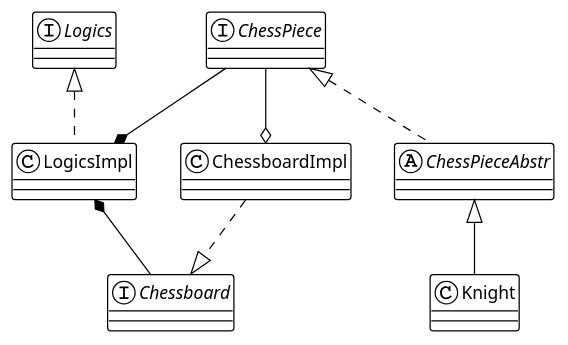
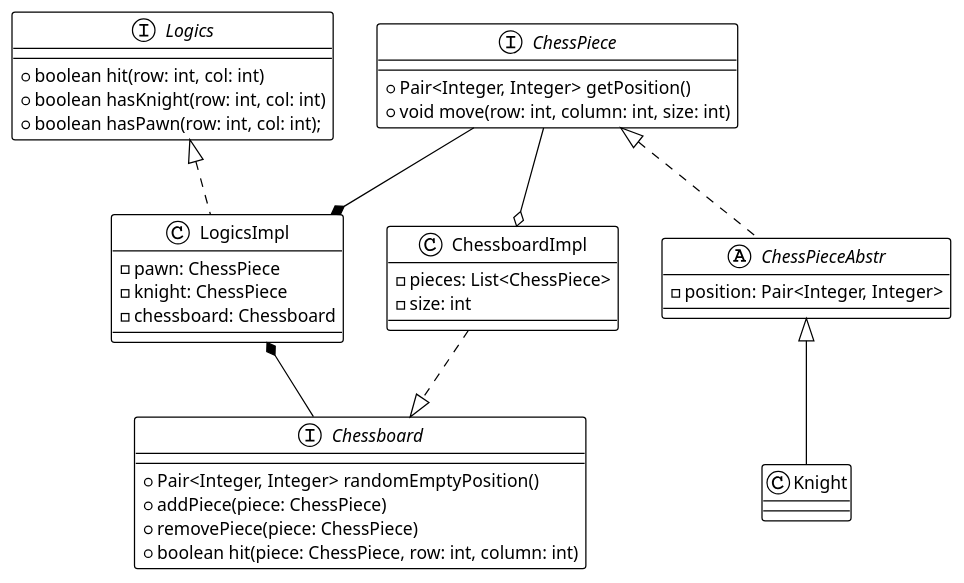
One commit to EmanueleArte/pps-23-24-lab01b changed the diagram in src/main/java/e1/class-diagram.plantuml. Above: the diagram before and after it, drawn with PlantUML. The commit also changed 3 other files, not shown here.

Commit message:
Add uml class diagrams

```diff
--- a/src/main/java/e1/class-diagram.plantuml
+++ b/src/main/java/e1/class-diagram.plantuml
@@ -1,41 +1,49 @@
 @startuml classes
 !theme plain
 
 interface Logics {
-
+    + boolean hit(row: int, col: int)
+    + boolean hasKnight(row: int, col: int)
+    + boolean hasPawn(row: int, col: int);
 }
 
 class LogicsImpl {
-
+    - pawn: ChessPiece
+    - knight: ChessPiece
+    - chessboard: Chessboard
 }
 
 interface Chessboard {
-
+    + Pair<Integer, Integer> randomEmptyPosition()
+    + addPiece(piece: ChessPiece)
+    + removePiece(piece: ChessPiece)
+    + boolean hit(piece: ChessPiece, row: int, column: int)
 }
 
 class ChessboardImpl {
-
+    - pieces: List<ChessPiece>
+    - size: int
 }
 
 interface ChessPiece {
-
+    + Pair<Integer, Integer> getPosition()
+    + void move(row: int, column: int, size: int)
 }
 
 abstract class ChessPieceAbstr {
-
+    - position: Pair<Integer, Integer>
 }
 
 class Knight {
-
 }
 
 LogicsImpl .up.|> Logics
 ChessboardImpl .down.|> Chessboard
 ChessPieceAbstr .up.|> ChessPiece
 ChessPieceAbstr <|-- Knight
 
 ChessPiece --o ChessboardImpl
 ChessPiece --* LogicsImpl
 Chessboard -left-* LogicsImpl
 
 @enduml
```
